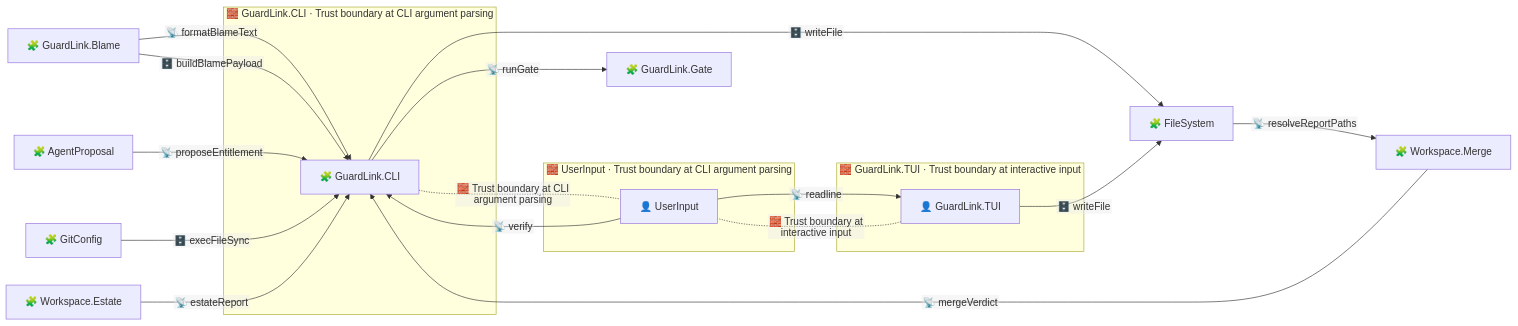
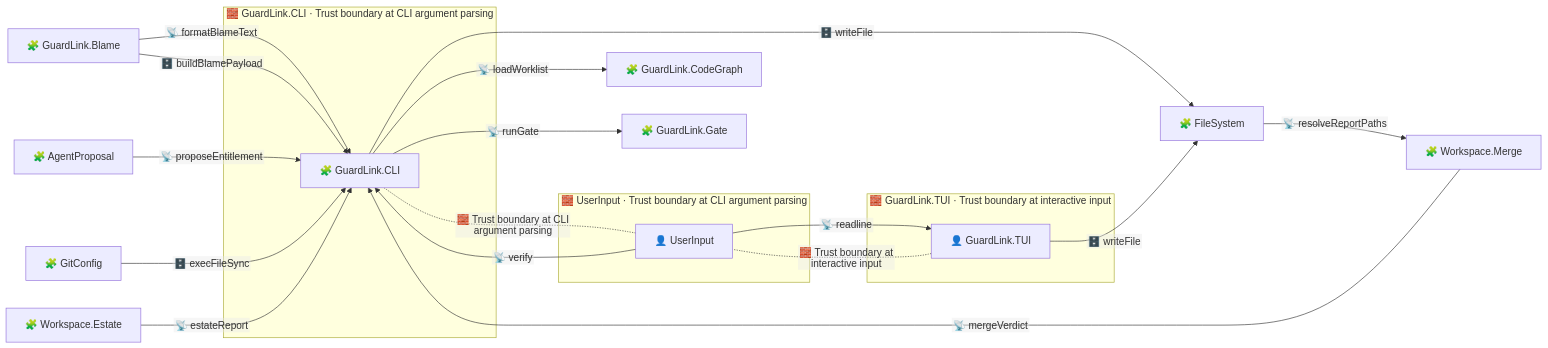
The diagram in .guardlink/graph/by-boundary/cli-input-boundary.mmd (Bugb-Technologies/guardlink), drawn with Mermaid before and after one commit. The commit also changed 75 other files, not shown here.

```diff
--- a/.guardlink/graph/by-boundary/cli-input-boundary.mmd
+++ b/.guardlink/graph/by-boundary/cli-input-boundary.mmd
@@ -1,43 +1,45 @@
 %% GENERATED FILE — do not edit. Regenerate with: guardlink artifacts .
 %% artifact:        by-boundary/cli-input-boundary.mmd
 %% scope:           PARTIAL — the Trust boundary at CLI argument parsing between cli and userinput, and what flows across it
-%% annotation_hash: sha256-v3:f69e96fb8c398975bc8016d2de7084bd35db3dfad5a9d05ffdaafb0541e64c2d
+%% annotation_hash: sha256-v3:22d4797ace05d0013917c10716c6b3037f7befb968393fe1b9b8f6091bcb76c9
 %% generator:       guardlink@2.1.0
 %% ---
 %% This diagram is derived from the annotations in this repository. If
 %% annotation_hash above differs from what `guardlink status .` reports, the
 %% diagram is STALE — regenerate rather than trusting it.
 %% When it was generated and at which commit: ask git. Those move for reasons
 %% unrelated to the diagram, so they are reported at emission time, not stored.
 %%{init: {"flowchart": {"nodeSpacing": 44, "rankSpacing": 58, "curve": "basis", "htmlLabels": false}}}%%
 graph LR
   subgraph Z0["🧱 GuardLink.CLI · Trust boundary at CLI argument parsing"]
     cli["🧩 GuardLink.CLI"]
   end
   subgraph Z1["🧱 UserInput · Trust boundary at CLI argument parsing"]
     userinput["👤 UserInput"]
   end
   subgraph Z2["🧱 GuardLink.TUI · Trust boundary at interactive input"]
     tui["👤 GuardLink.TUI"]
   end
   blame["🧩 GuardLink.Blame"]
   filesystem["🧩 FileSystem"]
+  codegraph["🧩 GuardLink.CodeGraph"]
   gate["🧩 GuardLink.Gate"]
   agentproposal["🧩 AgentProposal"]
   gitconfig["🧩 GitConfig"]
   estate_view["🧩 Workspace.Estate"]
   merge_engine["🧩 Workspace.Merge"]
   cli -.-|🧱 Trust boundary at CLI argument parsing| userinput
   tui -.-|🧱 Trust boundary at interactive input| userinput
   blame -- "📡 formatBlameText" --> cli
   blame -- "🗄️ buildBlamePayload" --> cli
   cli -- "🗄️ writeFile" --> filesystem
   userinput -- "📡 verify" --> cli
+  cli -- "📡 loadWorklist" --> codegraph
   cli -- "📡 runGate" --> gate
   agentproposal -- "📡 proposeEntitlement" --> cli
   gitconfig -- "🗄️ execFileSync" --> cli
   tui -- "🗄️ writeFile" --> filesystem
   userinput -- "📡 readline" --> tui
   estate_view -- "📡 estateReport" --> cli
   merge_engine -- "📡 mergeVerdict" --> cli
   filesystem -- "📡 resolveReportPaths" --> merge_engine
```
